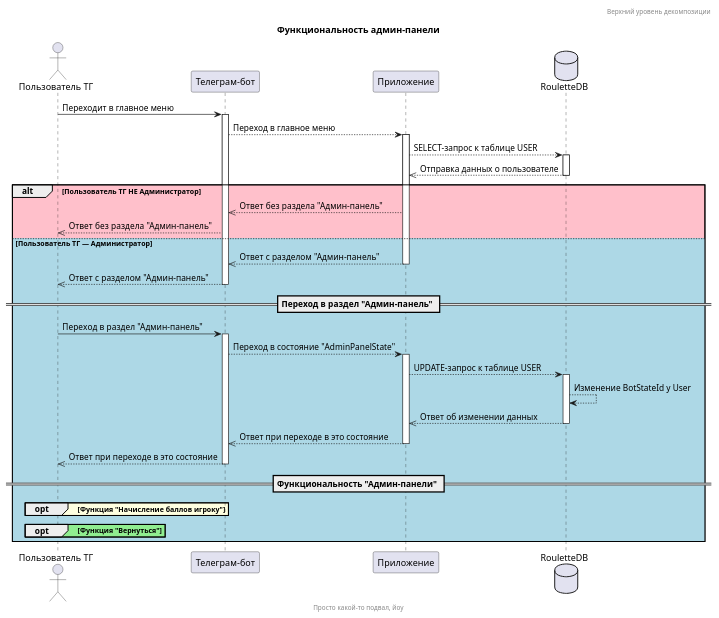
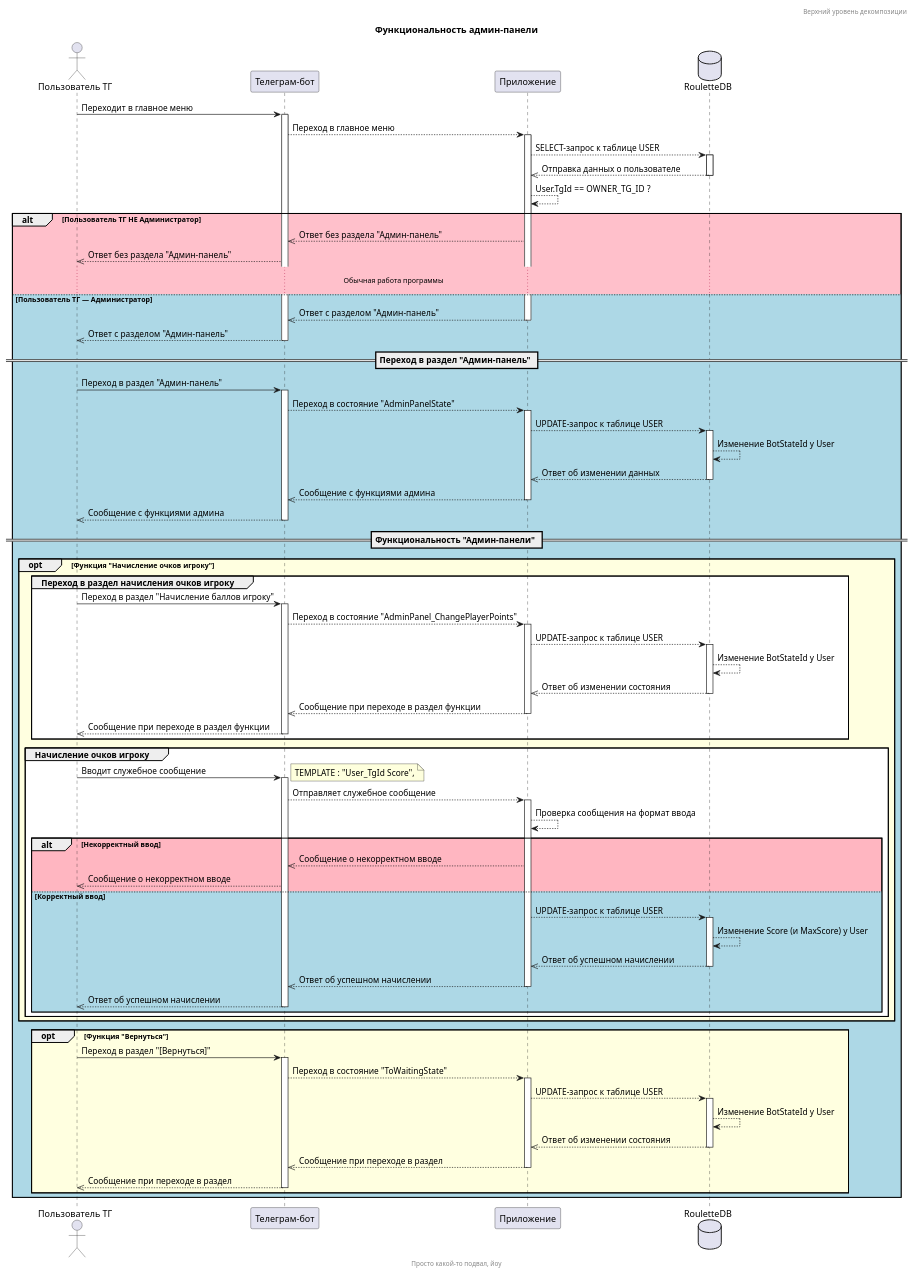
The diagram in files/wsd/AdminPanel.wsd (Mordahaoff/RussianRouletteTGBot), drawn with PlantUML before and after one commit. The commit also changed 22 other files, not shown here.

```diff
--- a/files/wsd/AdminPanel.wsd
+++ b/files/wsd/AdminPanel.wsd
@@ -1,40 +1,71 @@
 @startuml AdminPanelSequenceDiagram
 
 header "Верхний уровень декомпозиции"
 footer "Просто какой-то подвал, йоу"
 title "Функциональность админ-панели"
 
-actor "Пользователь ТГ" as p
+actor "Пользователь ТГ" as user
 participant "Телеграм-бот" as bot
 participant "Приложение" as app
 database "RouletteDB" as db
 
-p -> bot++ : Переходит в главное меню
+user -> bot++ : Переходит в главное меню
 bot --> app++ : Переход в главное меню
 app --> db++ : SELECT-запрос к таблице USER
 db -->> app-- : Отправка данных о пользователе
-' app --> app : Telegram ID = OWNER_TG_ID ?
+app --> app : User.TgId == OWNER_TG_ID ?
 alt #Pink Пользователь ТГ НЕ Администратор
     app -->> bot : Ответ без раздела "Админ-панель"
-    bot -->> p : Ответ без раздела "Админ-панель"
+    bot -->> user : Ответ без раздела "Админ-панель"
+    ... Обычная работа программы ...
 else #LightBlue Пользователь ТГ — Администратор
     app -->> bot-- : Ответ с разделом "Админ-панель"
-    bot -->> p-- : Ответ с разделом "Админ-панель"
+    bot -->> user-- : Ответ с разделом "Админ-панель"
     == Переход в раздел "Админ-панель" ==
-        p -> bot++ : Переход в раздел "Админ-панель"
+        user -> bot++ : Переход в раздел "Админ-панель"
         bot --> app++ : Переход в состояние "AdminPanelState"
         app --> db++ : UPDATE-запрос к таблице USER
         db --> db : Изменение BotStateId у User
         db -->> app-- : Ответ об изменении данных
-        app -->> bot-- : Ответ при переходе в это состояние
-        bot -->> p-- : Ответ при переходе в это состояние
+        app -->> bot-- : Сообщение с функциями админа
+        bot -->> user-- : Сообщение с функциями админа
     == Функциональность "Админ-панели" ==
-        opt #LightYellow Функция "Начисление баллов игроку"
-
+        opt #LightYellow Функция "Начисление очков игроку"
+            group #White Переход в раздел начисления очков игроку
+                user -> bot++ : Переход в раздел "Начисление баллов игроку"
+                bot --> app++ : Переход в состояние "AdminPanel_ChangePlayerPoints"
+                app --> db++ : UPDATE-запрос к таблице USER
+                db --> db : Изменение BotStateId у User
+                db -->> app-- : Ответ об изменении состояния
+                app -->> bot-- : Сообщение при переходе в раздел функции
+                bot -->> user-- : Сообщение при переходе в раздел функции
+            end
+            group #White Начисление очков игроку
+                user -> bot++ : Вводит служебное сообщение
+                note right : TEMPLATE : "User_TgId Score",
+                bot --> app++ : Отправляет служебное сообщение
+                app --> app : Проверка сообщения на формат ввода
+                alt #LightPink Некорректный ввод
+                    app -->> bot : Сообщение о некорректном вводе
+                    bot -->> user : Сообщение о некорректном вводе
+                else #LightBlue Корректный ввод
+                    app --> db++ : UPDATE-запрос к таблице USER
+                    db --> db : Изменение Score (и MaxScore) у User
+                    db -->> app-- : Ответ об успешном начислении
+                    app -->> bot-- : Ответ об успешном начислении
+                    bot -->> user-- : Ответ об успешном начислении
+                end 
+            end
         end
-        opt #LightGreen Функция "Вернуться"
-
+        opt #LightYellow Функция "Вернуться"
+            user -> bot++ : Переход в раздел "[Вернуться]"
+            bot --> app++ : Переход в состояние "ToWaitingState"
+            app --> db++ : UPDATE-запрос к таблице USER
+            db --> db : Изменение BotStateId у User
+            db -->> app-- : Ответ об изменении состояния
+            app -->> bot-- : Сообщение при переходе в раздел
+            bot -->> user-- : Сообщение при переходе в раздел
         end
 end
 
 @enduml
```
